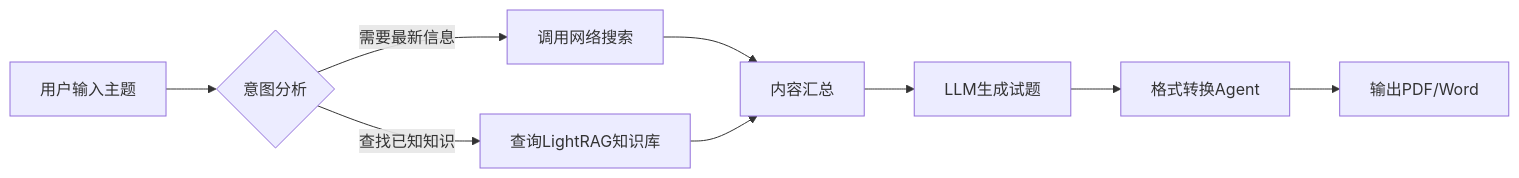
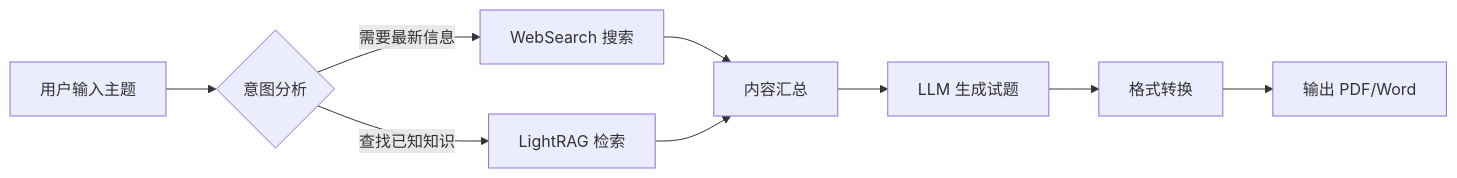
One commit to abaiar/Teacher_Assistant_AI changed the first of 2 diagrams in README.md. Above: the diagram before and after it, drawn with Mermaid. The commit also changed other lines of this file and 2 other files, not shown here.

````diff
--- a/README.md
+++ b/README.md
@@ -77,11 +100,11 @@
 ```mermaid
 graph LR
     A[用户输入主题] --> B{意图分析}
-    B -->|需要最新信息| C[调用网络搜索]
-    B -->|查找已知知识| D[查询LightRAG知识库]
+    B -->|需要最新信息| C[WebSearch 搜索]
+    B -->|查找已知知识| D[LightRAG 检索]
     C --> E[内容汇总]
     D --> E
-    E --> F[LLM生成试题]
-    F --> G[格式转换Agent]
-    G --> H[输出PDF/Word]
+    E --> F[LLM 生成试题]
+    F --> G[格式转换]
+    G --> H[输出 PDF/Word]
 ```
````
